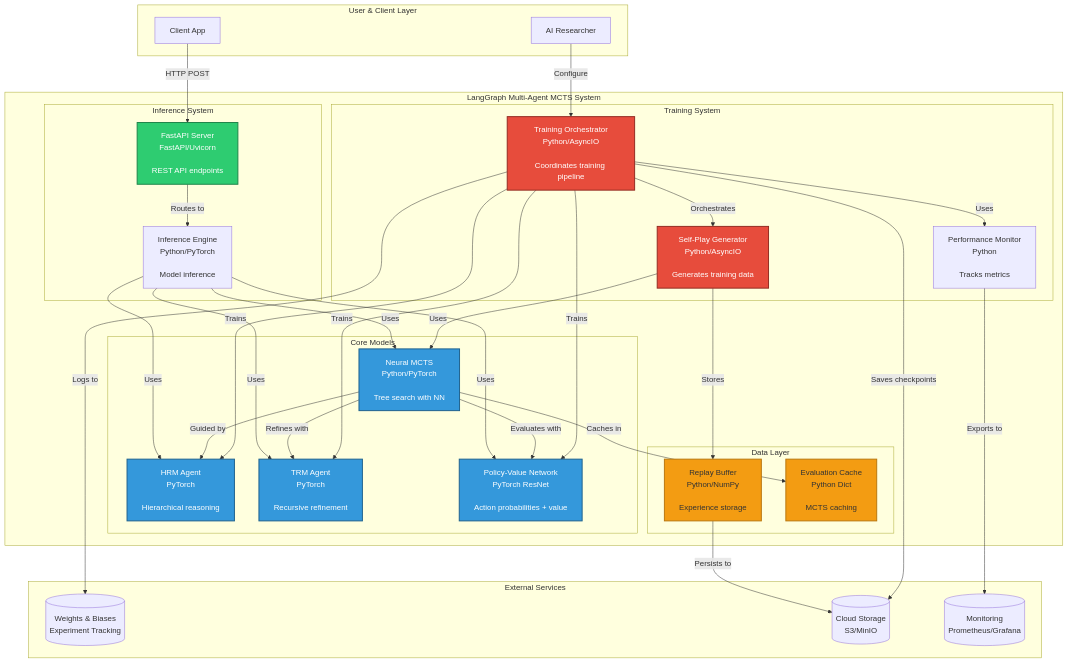
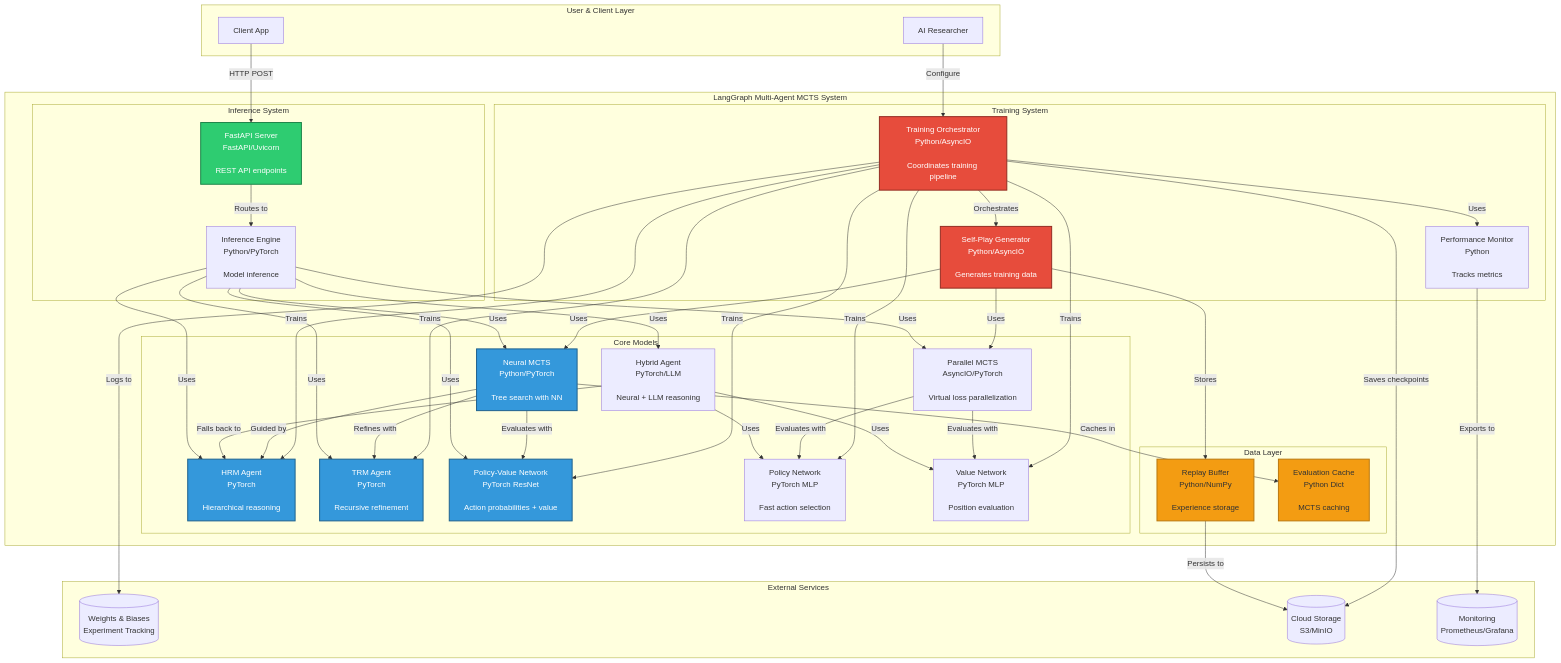
One commit to ianshank/langgraph_multi_agent_mcts changed the second of 18 diagrams in docs/C4_ARCHITECTURE.md. Above: the diagram before and after it, drawn with Mermaid. The commit also changed other lines of this file and 61 other files, not shown here.

First line of the commit message:
feat: Complete training program (Modules 1-9) with advanced MCTS and neural networks

```diff
--- a/docs/C4_ARCHITECTURE.md
+++ b/docs/C4_ARCHITECTURE.md
@@ -81,7 +81,11 @@
             HRM[HRM Agent<br/>PyTorch<br/><br/>Hierarchical reasoning]
             TRM[TRM Agent<br/>PyTorch<br/><br/>Recursive refinement]
             MCTS[Neural MCTS<br/>Python/PyTorch<br/><br/>Tree search with NN]
+            ParallelMCTS[Parallel MCTS<br/>AsyncIO/PyTorch<br/><br/>Virtual loss parallelization]
             PVNet[Policy-Value Network<br/>PyTorch ResNet<br/><br/>Action probabilities + value]
+            PolicyNet[Policy Network<br/>PyTorch MLP<br/><br/>Fast action selection]
+            ValueNet[Value Network<br/>PyTorch MLP<br/><br/>Position evaluation]
+            HybridAgent[Hybrid Agent<br/>PyTorch/LLM<br/><br/>Neural + LLM reasoning]
         end
 
         subgraph "Inference System"
@@ -108,9 +112,12 @@
     Orchestrator -->|Trains| HRM
     Orchestrator -->|Trains| TRM
     Orchestrator -->|Trains| PVNet
+    Orchestrator -->|Trains| PolicyNet
+    Orchestrator -->|Trains| ValueNet
     Orchestrator -->|Uses| Monitor
 
     SelfPlay -->|Uses| MCTS
+    SelfPlay -->|Uses| ParallelMCTS
     SelfPlay -->|Stores| ReplayBuffer
 
     MCTS -->|Evaluates with| PVNet
@@ -118,11 +125,20 @@
     MCTS -->|Guided by| HRM
     MCTS -->|Refines with| TRM
 
+    ParallelMCTS -->|Evaluates with| PolicyNet
+    ParallelMCTS -->|Evaluates with| ValueNet
+
+    HybridAgent -->|Uses| PolicyNet
+    HybridAgent -->|Uses| ValueNet
+    HybridAgent -->|Falls back to| HRM
+
     API -->|Routes to| InferenceEngine
     InferenceEngine -->|Uses| HRM
     InferenceEngine -->|Uses| TRM
     InferenceEngine -->|Uses| MCTS
+    InferenceEngine -->|Uses| ParallelMCTS
     InferenceEngine -->|Uses| PVNet
+    InferenceEngine -->|Uses| HybridAgent
 
     Orchestrator -->|Logs to| WandB
     Monitor -->|Exports to| Prometheus
```
